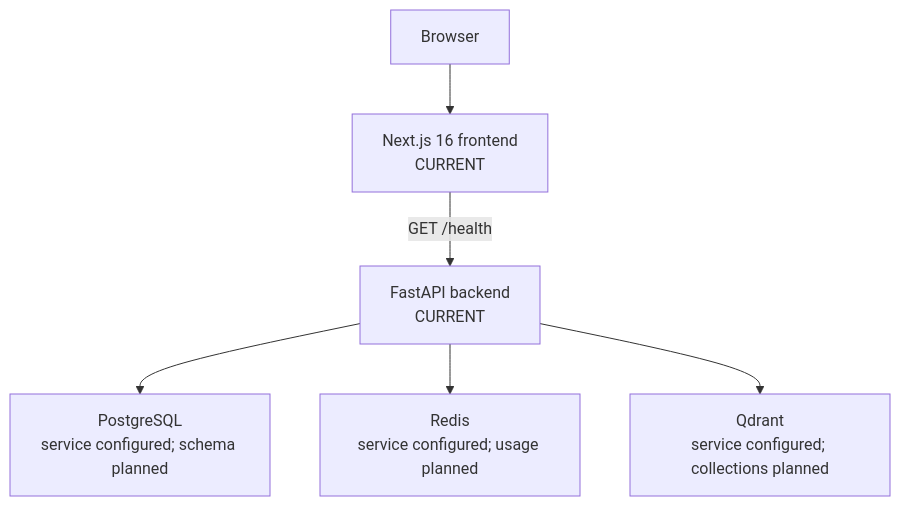
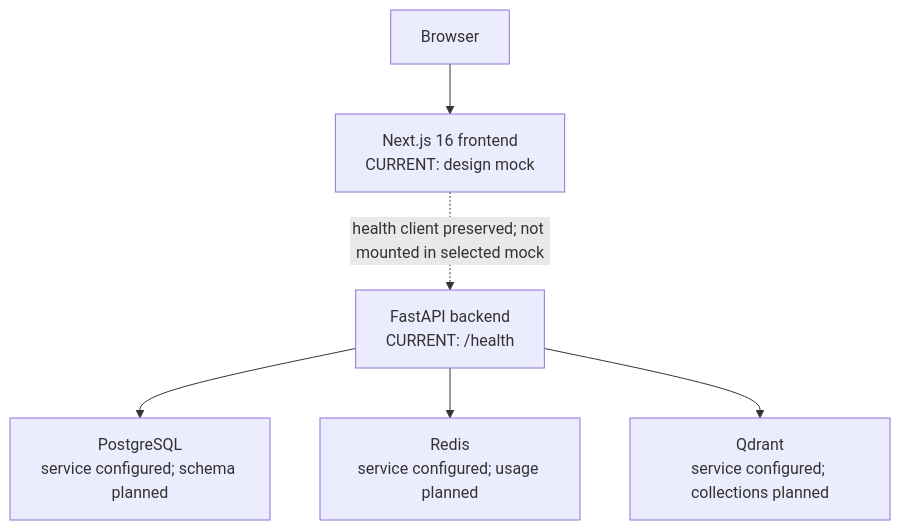
Before and after one commit to rM0on/peoplematch-agent: the first of 2 diagrams in docs/architecture.md, drawn with Mermaid. The commit also changed other lines of this file and 26 other files, not shown here.

````diff
--- a/docs/architecture.md
+++ b/docs/architecture.md
@@ -25,8 +25,8 @@
 ```mermaid
 flowchart TD
-    Browser["Browser"] --> Next["Next.js 16 frontend\nCURRENT"]
-    Next -->|"GET /health"| FastAPI["FastAPI backend\nCURRENT"]
+    Browser["Browser"] --> Next["Next.js 16 frontend\nCURRENT: design mock"]
+    Next -. "health client preserved; not mounted in selected mock" .-> FastAPI["FastAPI backend\nCURRENT: /health"]
     FastAPI --> PG["PostgreSQL\nservice configured; schema planned"]
     FastAPI --> Redis["Redis\nservice configured; usage planned"]
     FastAPI --> Qdrant["Qdrant\nservice configured; collections planned"]
 ```
````
